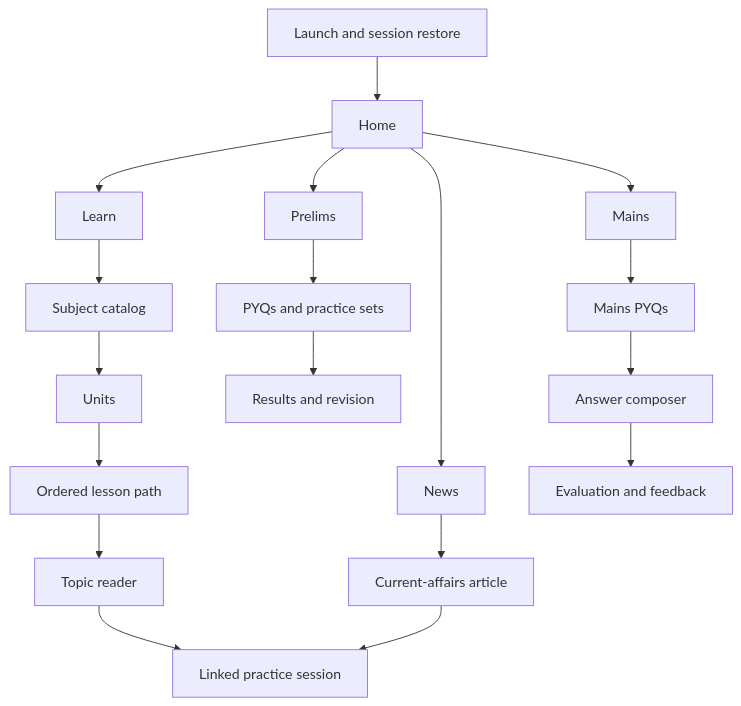
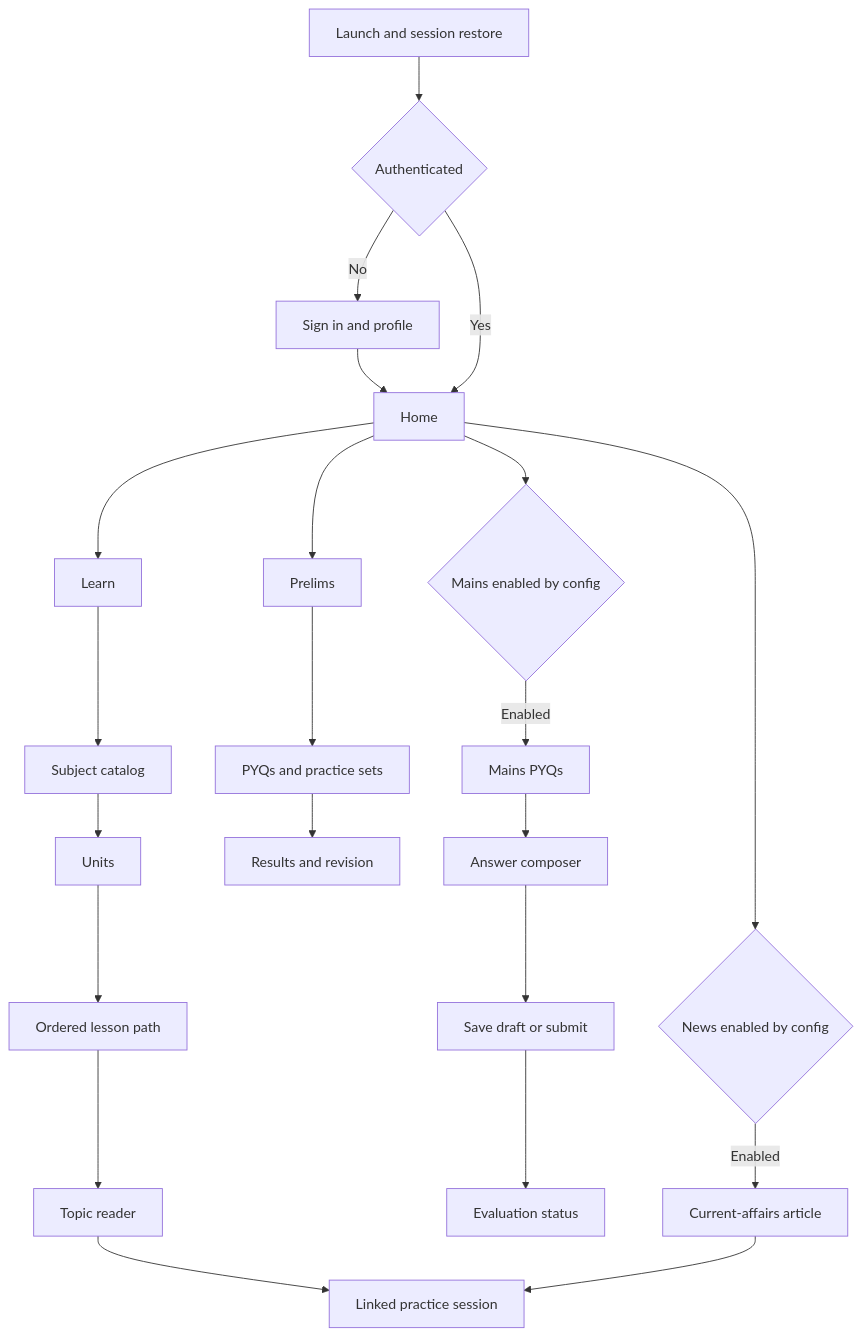
One commit to adarsh-repos/sarkariexams-docs changed the second of 3 diagrams in mobile/01-expo-ui-architecture.md. Above: the diagram before and after it, drawn with Mermaid. The commit also changed other lines of this file and 1 other file, not shown here.

First line of the commit message:
Harden Expo production architecture.

````diff
--- a/mobile/01-expo-ui-architecture.md
+++ b/mobile/01-expo-ui-architecture.md
@@ -33,24 +73,28 @@
 ```mermaid
 flowchart TD
-    Launch["Launch and session restore"] --> Home["Home"]
+    Launch["Launch and session restore"] --> AuthGate{"Authenticated"}
+    AuthGate -->|"No"| Login["Sign in and profile"]
+    Login --> Home["Home"]
+    AuthGate -->|"Yes"| Home
     Home --> Learn["Learn"]
     Home --> Prelims["Prelims"]
-    Home --> Mains["Mains"]
-    Home --> News["News"]
+    Home --> Mains{"Mains enabled by config"}
+    Home --> News{"News enabled by config"}
 
     Learn --> Catalog["Subject catalog"]
     Catalog --> Units["Units"]
     Units --> LessonPath["Ordered lesson path"]
     LessonPath --> Topic["Topic reader"]
     Topic --> Session["Linked practice session"]
 
     Prelims --> PYQs["PYQs and practice sets"]
     PYQs --> Results["Results and revision"]
 
-    Mains --> MainsPYQ["Mains PYQs"]
+    Mains -->|"Enabled"| MainsPYQ["Mains PYQs"]
     MainsPYQ --> Composer["Answer composer"]
-    Composer --> Evaluation["Evaluation and feedback"]
+    Composer --> Draft["Save draft or submit"]
+    Draft --> Evaluation["Evaluation status"]
 
-    News --> Article["Current-affairs article"]
+    News -->|"Enabled"| Article["Current-affairs article"]
     Article --> Session
 ```
````
